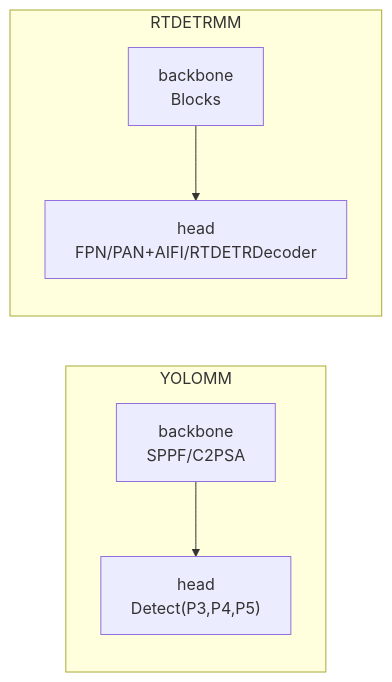
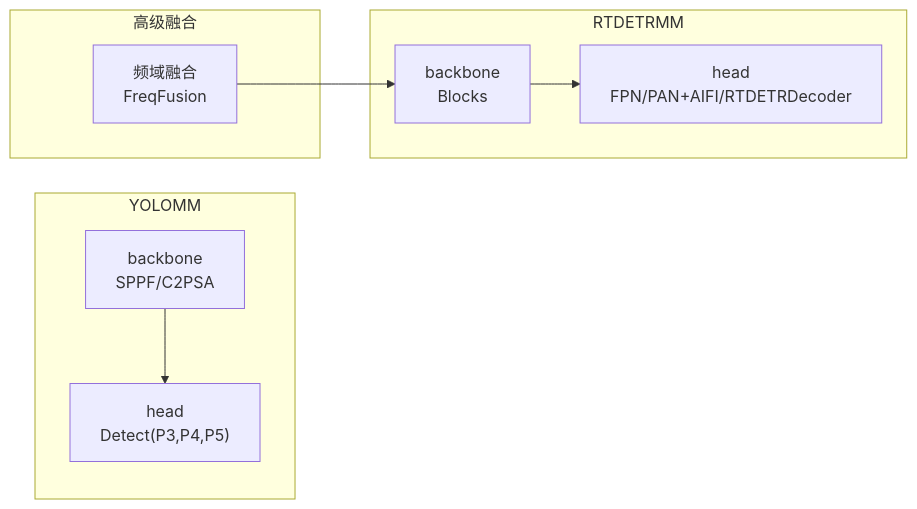
Before and after one commit to 2208754827/MM-IMPROVE: the fourth of 6 diagrams in .qoder/repowiki/zh/content/模型配置与管理/模型配置与管理.md, drawn with Mermaid. The commit also changed other lines of this file and 1211 other files, not shown here.

````diff
--- a/.qoder/repowiki/zh/content/模型配置与管理/模型配置与管理.md
+++ b/.qoder/repowiki/zh/content/模型配置与管理/模型配置与管理.md
@@ -159,9 +196,12 @@
 ```mermaid
 graph LR
 subgraph "YOLOMM"
 B1["backbone<br/>SPPF/C2PSA"] --> H1["head<br/>Detect(P3,P4,P5)"]
 end
 subgraph "RTDETRMM"
 B2["backbone<br/>Blocks"] --> H2["head<br/>FPN/PAN+AIFI/RTDETRDecoder"]
 end
+subgraph "高级融合"
+FF["频域融合<br/>FreqFusion"] --> B2
+end
 ```
````
